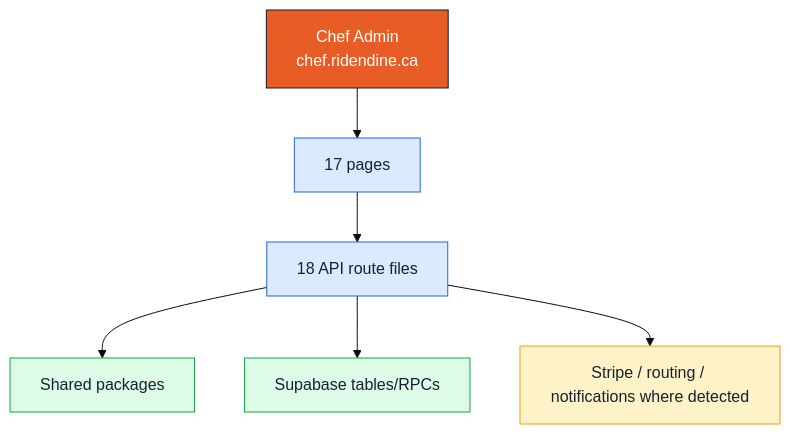
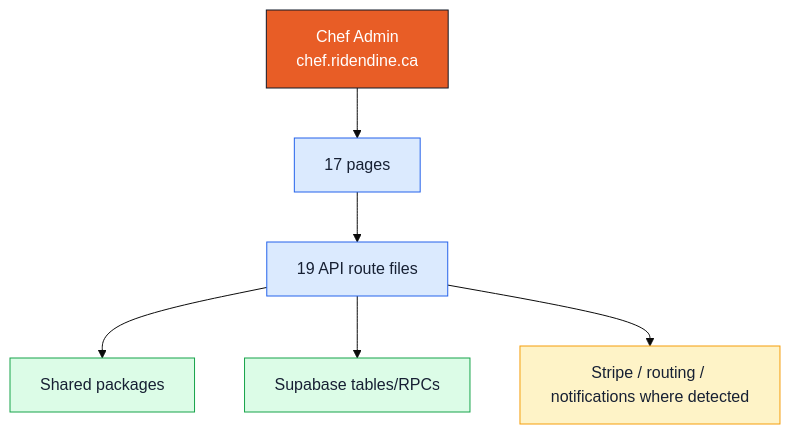
The diagram in docs/architecture/codebase-map/apps/chef-admin.md (Ritenoob/ridendine-marketplace), drawn with Mermaid (base theme) before and after one commit. The commit also changed other lines of this file and 65 other files, not shown here.

````diff
--- a/docs/architecture/codebase-map/apps/chef-admin.md
+++ b/docs/architecture/codebase-map/apps/chef-admin.md
@@ -20,18 +20,18 @@
 ```mermaid
 flowchart TB
   classDef app fill:#e85d26,stroke:#111827,color:#ffffff
   classDef api fill:#dbeafe,stroke:#2563eb,color:#172033
   classDef data fill:#dcfce7,stroke:#16a34a,color:#172033
   classDef warn fill:#fef3c7,stroke:#f59e0b,color:#172033
   App["Chef Admin<br/>chef.ridendine.ca"]:::app
   Pages["17 pages"]:::api
-  APIs["18 API route files"]:::api
+  APIs["19 API route files"]:::api
   Shared["Shared packages"]:::data
   DB["Supabase tables/RPCs"]:::data
   External["Stripe / routing / notifications where detected"]:::warn
   App --> Pages
   Pages --> APIs
   APIs --> Shared
   APIs --> DB
   APIs --> External
 ```
````
